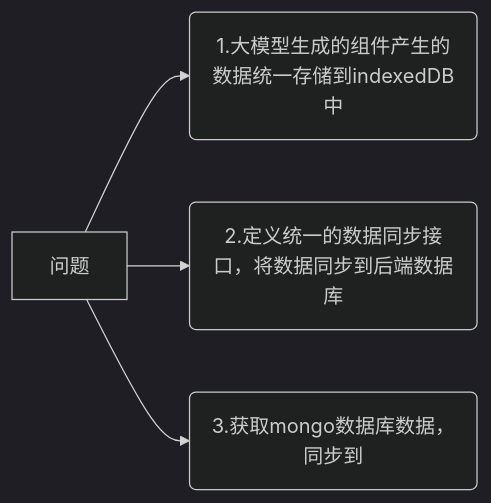
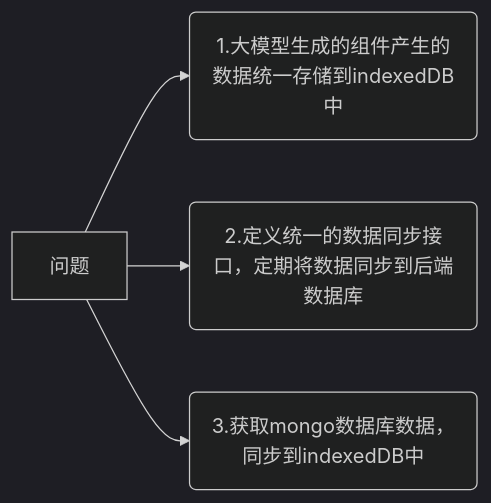
One commit to yingjianzh/iodraw-files changed the diagram in all/未命名-21.md. Above: the diagram before and after it, drawn with Mermaid (dark theme).

Commit message:
2025-02-17 14:20:37 update

````diff
--- a/all/未命名-21.md
+++ b/all/未命名-21.md
@@ -1,7 +1,7 @@
 ```mermaid
 graph LR
     A[问题] -->B(1.大模型生成的组件产生的数据统一存储到indexedDB中)
-    A --> C(2.定义统一的数据同步接口，将数据同步到后端数据库)
-    A --> D(3.获取mongo数据库数据，同步到)
+    A --> C(2.定义统一的数据同步接口，定期将数据同步到后端数据库)
+    A --> D(3.获取mongo数据库数据，同步到indexedDB中)
   
 ```
````
